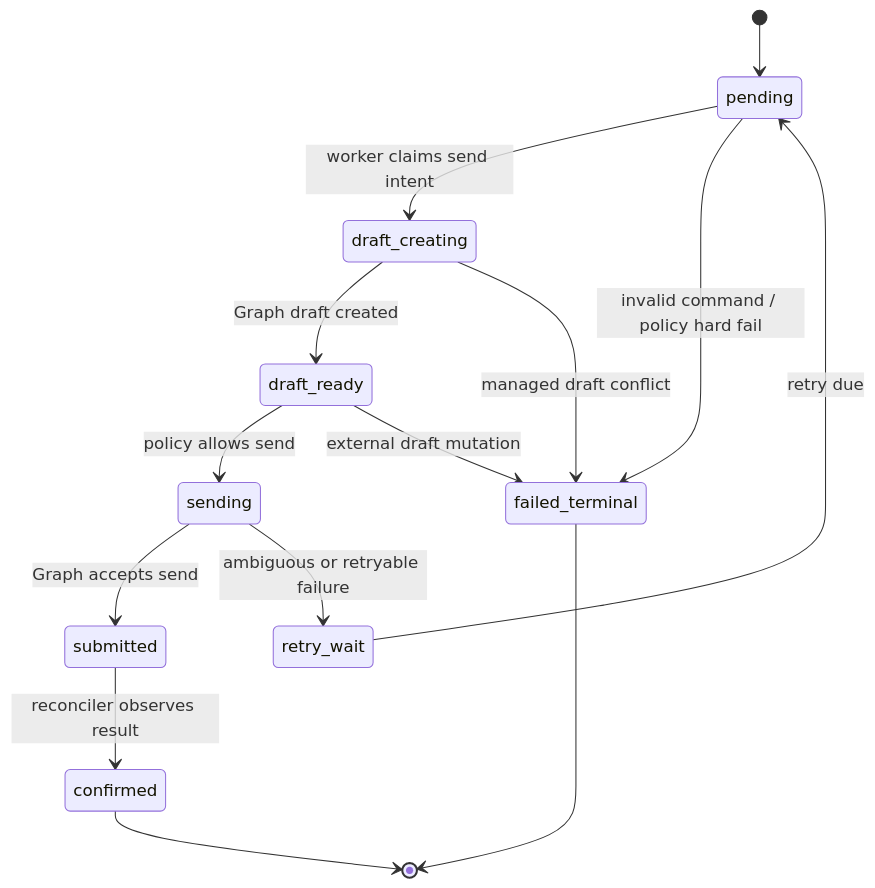
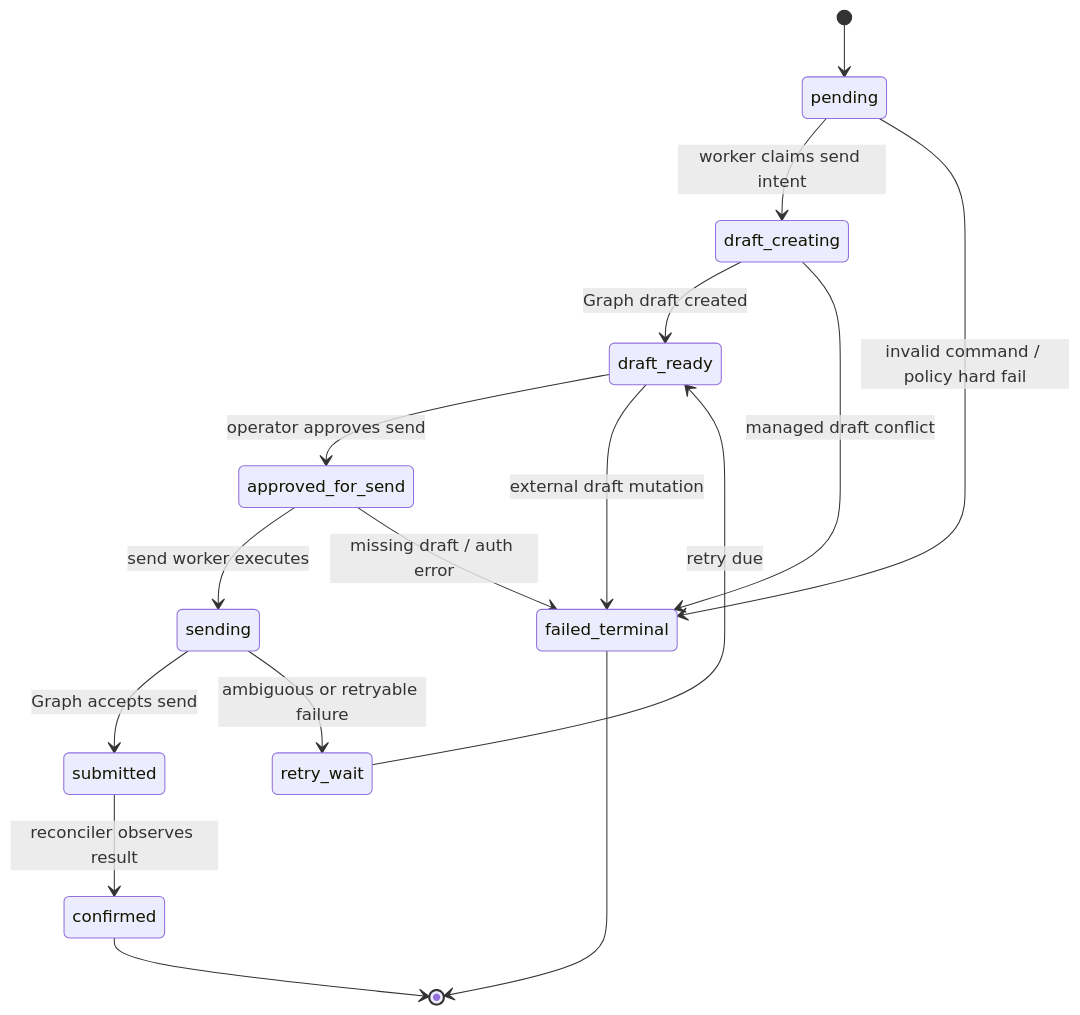
The seventh of 9 diagrams in docs/system.md (andrey-kokoev/narada), drawn with Mermaid before and after one commit. The commit also changed other lines of this file and 91 other files, not shown here.

````diff
--- a/docs/system.md
+++ b/docs/system.md
@@ -234,18 +252,20 @@
 ```mermaid
 stateDiagram-v2
   [*] --> pending
   pending --> draft_creating: worker claims send intent
   draft_creating --> draft_ready: Graph draft created
-  draft_ready --> sending: policy allows send
+  draft_ready --> approved_for_send: operator approves send
+  approved_for_send --> sending: send worker executes
   sending --> submitted: Graph accepts send
   submitted --> confirmed: reconciler observes result
 
   pending --> failed_terminal: invalid command / policy hard fail
   draft_creating --> failed_terminal: managed draft conflict
   draft_ready --> failed_terminal: external draft mutation
+  approved_for_send --> failed_terminal: missing draft / auth error
   sending --> retry_wait: ambiguous or retryable failure
-  retry_wait --> pending: retry due
+  retry_wait --> draft_ready: retry due
 
   confirmed --> [*]
   failed_terminal --> [*]
 ```
````
